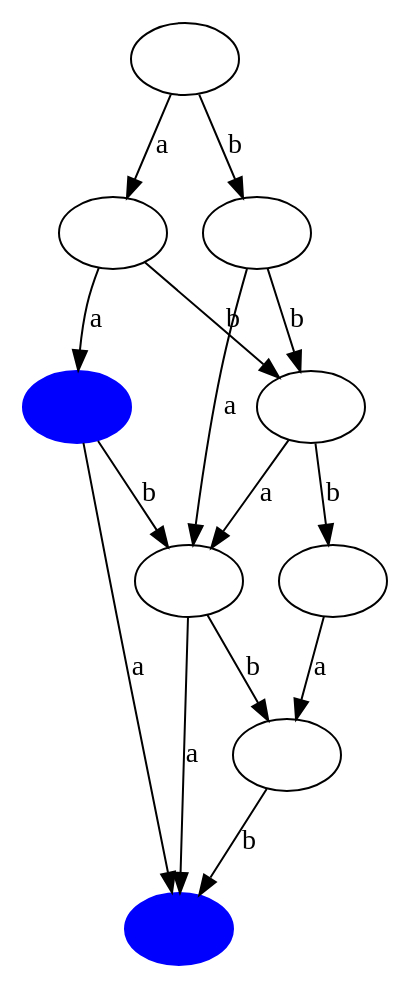
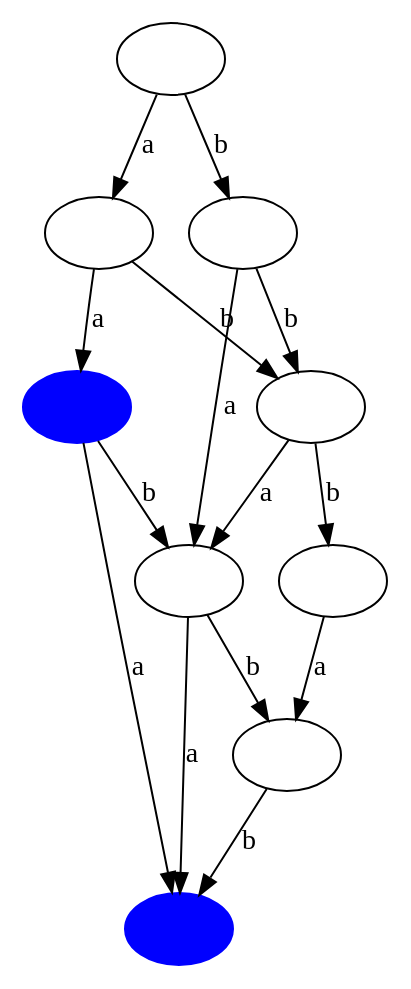
Before and after one commit to gracenotegracenote/Lexikonautomat: the diagram in src/automaton.gv, drawn with Graphviz. The commit also changed 7 other files, not shown here.

```diff
--- a/src/automaton.gv
+++ b/src/automaton.gv
@@ -1,26 +1,26 @@
 // LexAutomat
 digraph {
-	<state.State object at 0x00F462C8> [label="" color=blue style=filled]
-	<state.State object at 0x00EFE6D0> [label=""]
-	<state.State object at 0x00FF32E0> [label="" color=blue style=filled]
-	<state.State object at 0x00FE0EE0> [label=""]
-	<state.State object at 0x00F462F8> [label=""]
-	<state.State object at 0x02DFAB20> [label=""]
-	<state.State object at 0x02DFA778> [label=""]
-	<state.State object at 0x02DFABB0> [label=""]
-	<state.State object at 0x02DFABF8> [label=""]
-	<state.State object at 0x00EFE6D0> -> <state.State object at 0x00F462F8> [label=a]
-	<state.State object at 0x00EFE6D0> -> <state.State object at 0x02DFABB0> [label=b]
-	<state.State object at 0x00FF32E0> -> <state.State object at 0x00F462C8> [label=a]
-	<state.State object at 0x00FF32E0> -> <state.State object at 0x00FE0EE0> [label=b]
-	<state.State object at 0x00FE0EE0> -> <state.State object at 0x00F462C8> [label=a]
-	<state.State object at 0x00FE0EE0> -> <state.State object at 0x02DFAB20> [label=b]
-	<state.State object at 0x00F462F8> -> <state.State object at 0x00FF32E0> [label=a]
-	<state.State object at 0x00F462F8> -> <state.State object at 0x02DFABF8> [label=b]
-	<state.State object at 0x02DFAB20> -> <state.State object at 0x00F462C8> [label=b]
-	<state.State object at 0x02DFA778> -> <state.State object at 0x02DFAB20> [label=a]
-	<state.State object at 0x02DFABB0> -> <state.State object at 0x00FE0EE0> [label=a]
-	<state.State object at 0x02DFABB0> -> <state.State object at 0x02DFABF8> [label=b]
-	<state.State object at 0x02DFABF8> -> <state.State object at 0x00FE0EE0> [label=a]
-	<state.State object at 0x02DFABF8> -> <state.State object at 0x02DFA778> [label=b]
+	<state.State object at 0x035FAC10> [label=""]
+	<state.State object at 0x035FAA30> [label=""]
+	<state.State object at 0x035FAA60> [label=""]
+	<state.State object at 0x035FAA90> [label="" color=blue style=filled]
+	<state.State object at 0x035FA8B0> [label="" color=blue style=filled]
+	<state.State object at 0x035FACB8> [label=""]
+	<state.State object at 0x035FABB0> [label=""]
+	<state.State object at 0x035FABC8> [label=""]
+	<state.State object at 0x035FABE0> [label=""]
+	<state.State object at 0x035FAC10> -> <state.State object at 0x035FA8B0> [label=a]
+	<state.State object at 0x035FAC10> -> <state.State object at 0x035FAA60> [label=b]
+	<state.State object at 0x035FAA30> -> <state.State object at 0x035FAA60> [label=a]
+	<state.State object at 0x035FAA60> -> <state.State object at 0x035FA8B0> [label=b]
+	<state.State object at 0x035FAA90> -> <state.State object at 0x035FA8B0> [label=a]
+	<state.State object at 0x035FAA90> -> <state.State object at 0x035FAC10> [label=b]
+	<state.State object at 0x035FACB8> -> <state.State object at 0x035FAC10> [label=a]
+	<state.State object at 0x035FACB8> -> <state.State object at 0x035FAA30> [label=b]
+	<state.State object at 0x035FABB0> -> <state.State object at 0x035FAA90> [label=a]
+	<state.State object at 0x035FABB0> -> <state.State object at 0x035FACB8> [label=b]
+	<state.State object at 0x035FABC8> -> <state.State object at 0x035FABB0> [label=a]
+	<state.State object at 0x035FABC8> -> <state.State object at 0x035FABE0> [label=b]
+	<state.State object at 0x035FABE0> -> <state.State object at 0x035FAC10> [label=a]
+	<state.State object at 0x035FABE0> -> <state.State object at 0x035FACB8> [label=b]
 }
```
